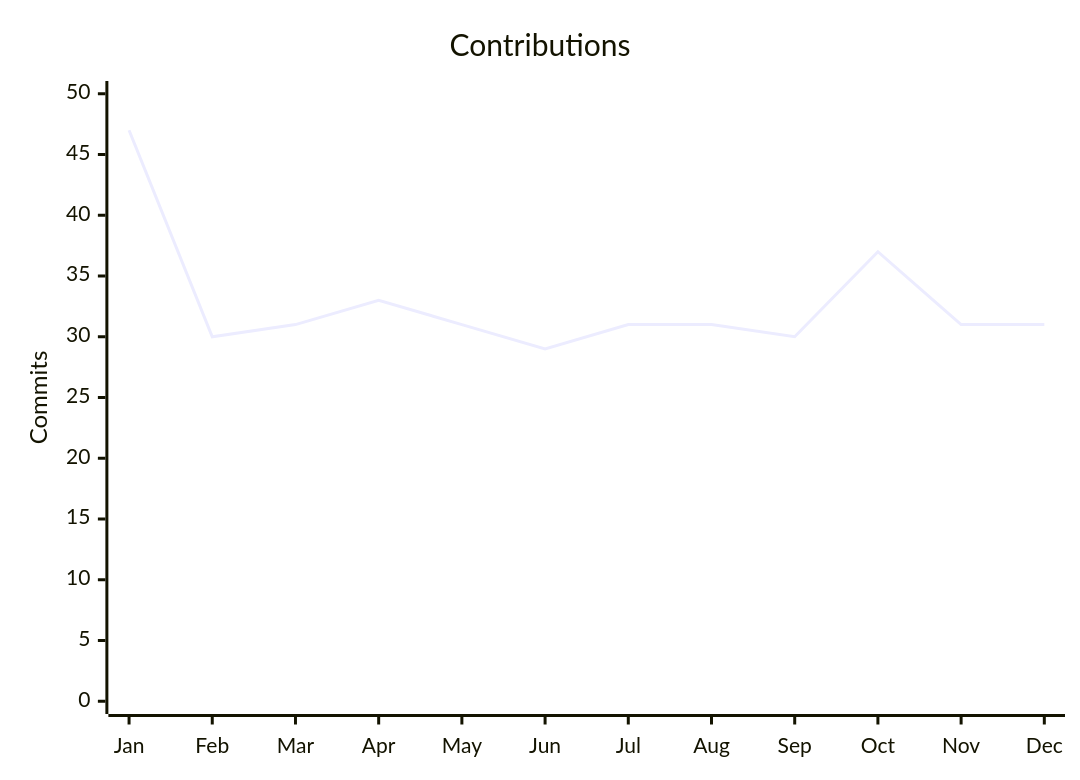
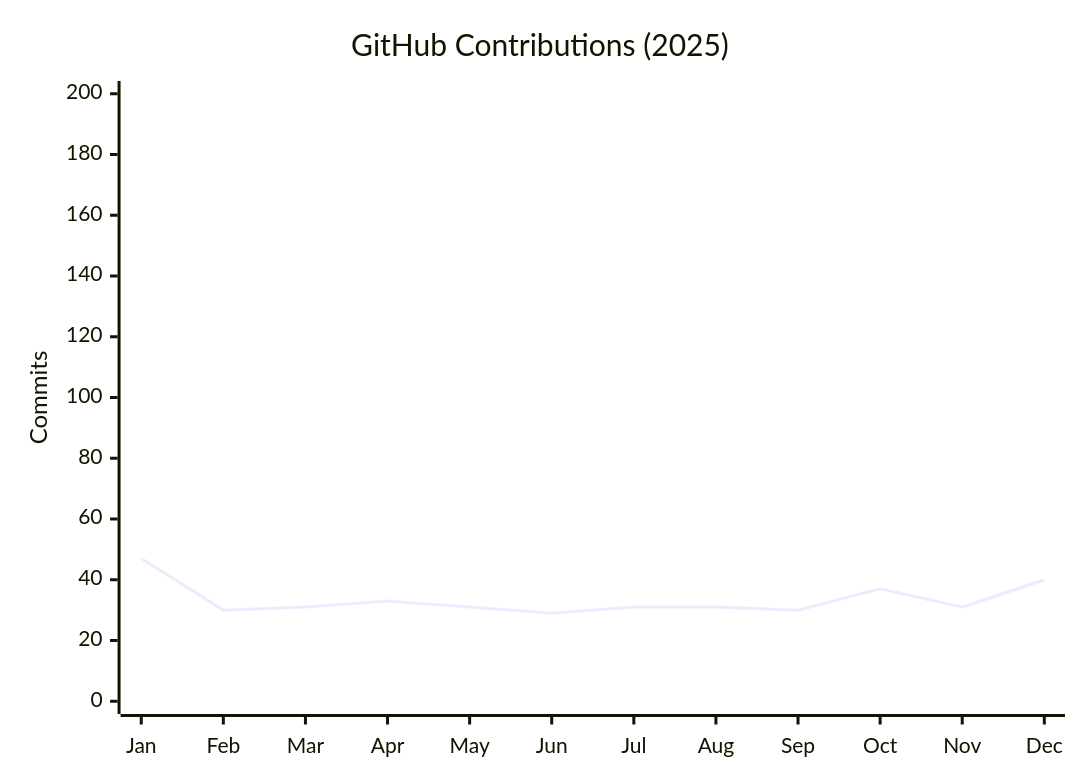
Before and after one commit to lorenz-MotionGraphics/lorenz-MotionGraphics: the diagram in README.md, drawn with Mermaid.

Commit message:
📈 Update contribution chart

````diff
--- a/README.md
+++ b/README.md
@@ -13,7 +13,7 @@
 ```mermaid
 xychart-beta
-    title "Contributions"
+    title "GitHub Contributions (2025)"
     x-axis ["Jan","Feb","Mar","Apr","May","Jun","Jul","Aug","Sep","Oct","Nov","Dec"]
-    y-axis "Commits" 0 --> 50
-    line [47,30,31,33,31,29,31,31,30,37,31,31]
+    y-axis "Commits" 0 --> 200
+    line [47, 30, 31, 33, 31, 29, 31, 31, 30, 37, 31, 40]
 ```
````
